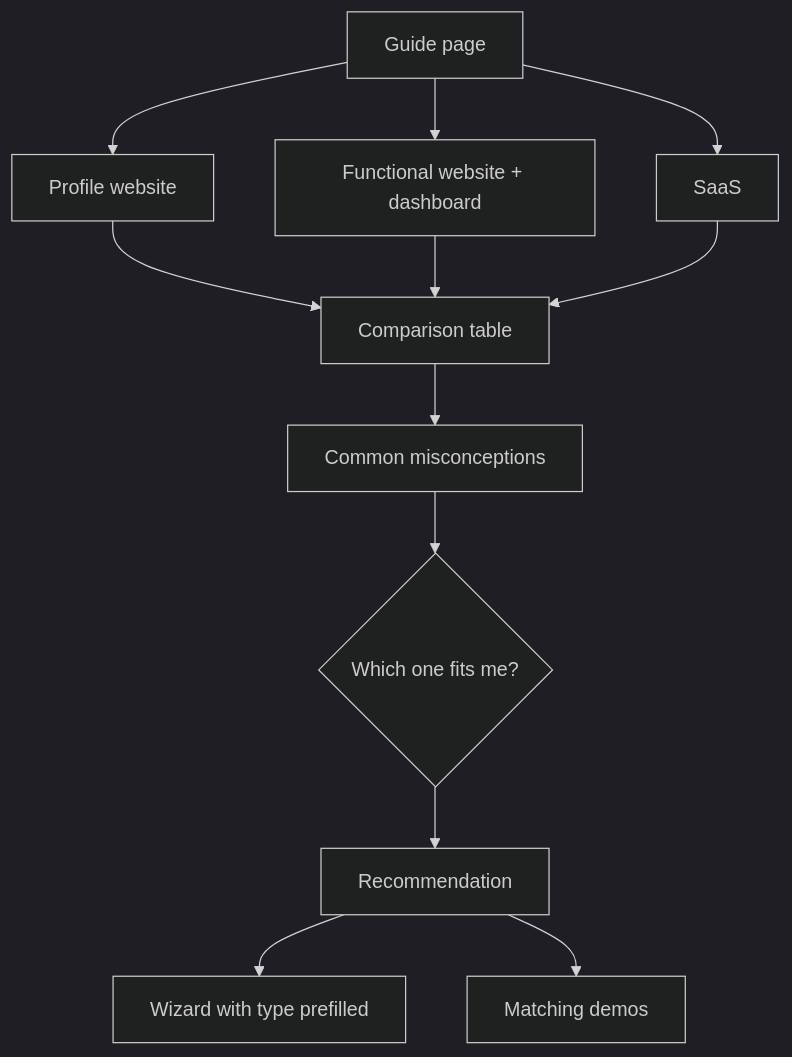
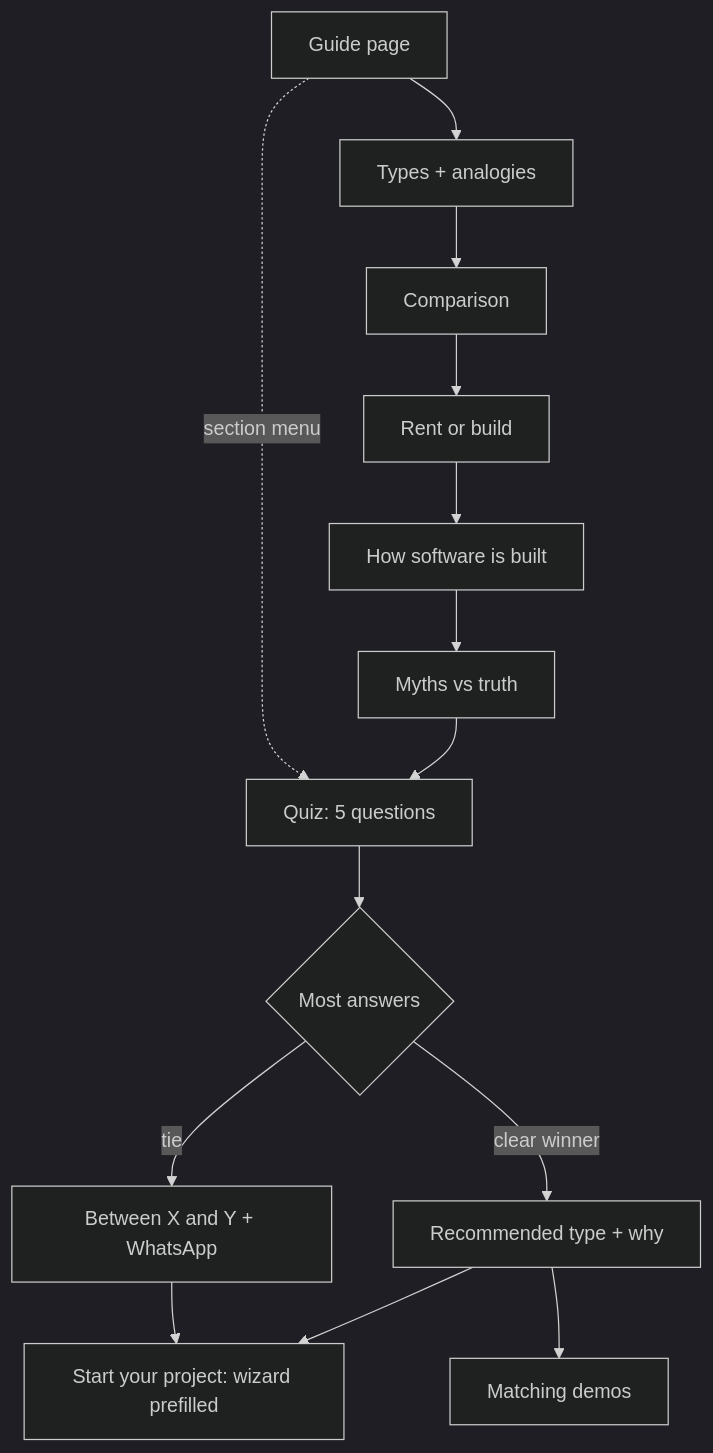
Before and after one commit to AhmedElnagarUU/Demmoss: the second of 2 diagrams in docs/features/software-guide.md, drawn with Mermaid (dark theme). The commit also changed other lines of this file and 3 other files, not shown here.

First line of the commit message:
Plan Software Guide with draft AR/EN content and Generic Business template draft

````diff
--- a/docs/features/software-guide.md
+++ b/docs/features/software-guide.md
@@ -26,14 +75,16 @@
 ```mermaid
 flowchart TD
-  G[Guide page] --> T1[Profile website]
-  G --> T2[Functional website + dashboard]
-  G --> T3[SaaS]
-  T1 --> CMP[Comparison table]
-  T2 --> CMP
-  T3 --> CMP
-  CMP --> MIS[Common misconceptions]
-  MIS --> FIT{Which one fits me?}
-  FIT --> REC[Recommendation]
-  REC --> W[Wizard with type prefilled]
-  REC --> GAL[Matching demos]
+  G[Guide page] --> T[Types + analogies]
+  T --> C[Comparison]
+  C --> R[Rent or build]
+  R --> H[How software is built]
+  H --> M[Myths vs truth]
+  M --> Q[Quiz: 5 questions]
+  Q --> S{Most answers}
+  S -->|clear winner| REC[Recommended type + why]
+  S -->|tie| TIE[Between X and Y + WhatsApp]
+  REC --> W[Start your project: wizard prefilled]
+  REC --> DM[Matching demos]
+  TIE --> W
+  G -. section menu .-> Q
 ```
````
